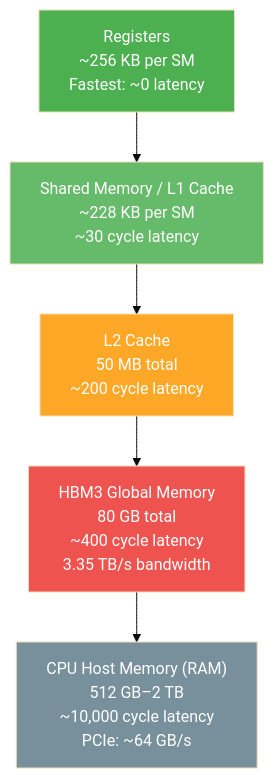
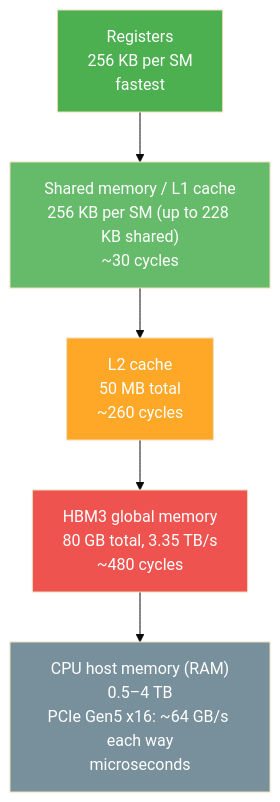
Before and after one commit to Hmago/ml4: the first of 3 diagrams in content/29_gpus_tpus_infrastructure.md, drawn with Mermaid (base theme). The commit also changed other lines of this file and 200 other files, not shown here.

````diff
--- a/content/29_gpus_tpus_infrastructure.md
+++ b/content/29_gpus_tpus_infrastructure.md
@@ -106,13 +154,13 @@
 ```mermaid
 graph TD
-    A["Registers<br/>~256 KB per SM<br/>Fastest: ~0 latency"] --> B["Shared Memory / L1 Cache<br/>~228 KB per SM<br/>~30 cycle latency"]
-    B --> C["L2 Cache<br/>50 MB total<br/>~200 cycle latency"]
-    C --> D["HBM3 Global Memory<br/>80 GB total<br/>~400 cycle latency<br/>3.35 TB/s bandwidth"]
-    D --> E["CPU Host Memory (RAM)<br/>512 GB–2 TB<br/>~10,000 cycle latency<br/>PCIe: ~64 GB/s"]
+    A["Registers<br/>256 KB per SM<br/>fastest"] --> B["Shared memory / L1 cache<br/>256 KB per SM (up to 228 KB shared)<br/>~30 cycles"]
+    B --> C["L2 cache<br/>50 MB total<br/>~260 cycles"]
+    C --> D["HBM3 global memory<br/>80 GB total, 3.35 TB/s<br/>~480 cycles"]
+    D --> E["CPU host memory (RAM)<br/>0.5–4 TB<br/>PCIe Gen5 x16: ~64 GB/s each way<br/>microseconds"]
 
     style A fill:#4caf50,color:#fff
     style B fill:#66bb6a,color:#fff
     style C fill:#ffa726,color:#fff
     style D fill:#ef5350,color:#fff
     style E fill:#78909c,color:#fff
 ```
````
